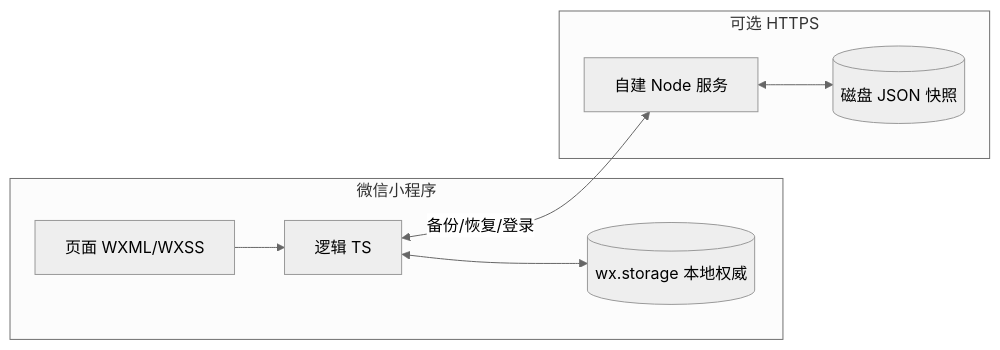
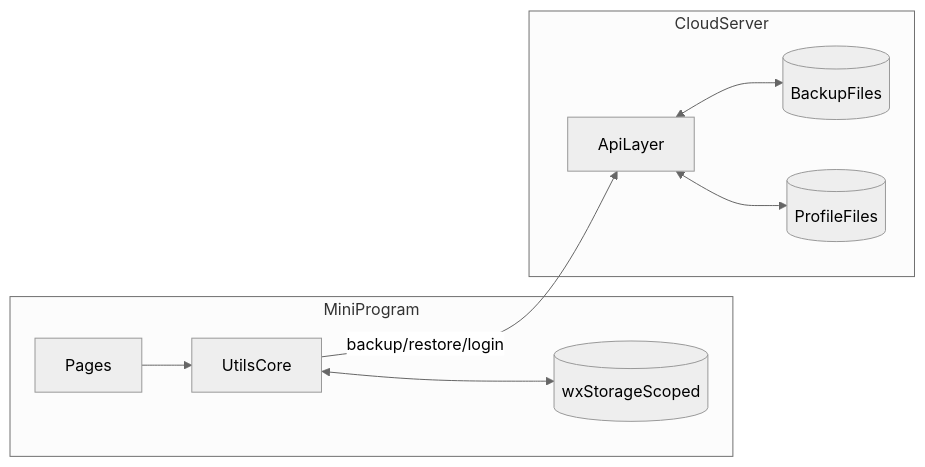
One commit to Tomhao10225101490/ZhongYu_Piano_Studio changed the first of 8 diagrams in README.md. Above: the diagram before and after it, drawn with Mermaid (neutral theme). The commit also changed other lines of this file, not shown here.

First line of the commit message:
重构根README为架构白皮书，补齐全链路图文说明

````diff
--- a/README.md
+++ b/README.md
@@ -27,16 +42,20 @@
 ```mermaid
 flowchart LR
-  subgraph client [微信小程序]
-    UI[页面 WXML/WXSS]
-    TS[逻辑 TS]
-    ST[(wx.storage 本地权威)]
-    TS <--> ST
-    UI --> TS
+  subgraph mini [MiniProgram]
+    uiPages[Pages]
+    utilsCore[UtilsCore]
+    localStore[(wxStorageScoped)]
+    uiPages --> utilsCore
+    utilsCore <--> localStore
   end
-  subgraph net [可选 HTTPS]
-    API[自建 Node 服务]
-    FS[(磁盘 JSON 快照)]
-    API <--> FS
+
+  subgraph cloud [CloudServer]
+    apiLayer[ApiLayer]
+    fileStore[(BackupFiles)]
+    profileStore[(ProfileFiles)]
+    apiLayer <--> fileStore
+    apiLayer <--> profileStore
   end
-  TS <-- 备份/恢复/登录 --> API
+
+  utilsCore -->|"backup/restore/login"| apiLayer
 ```
````
